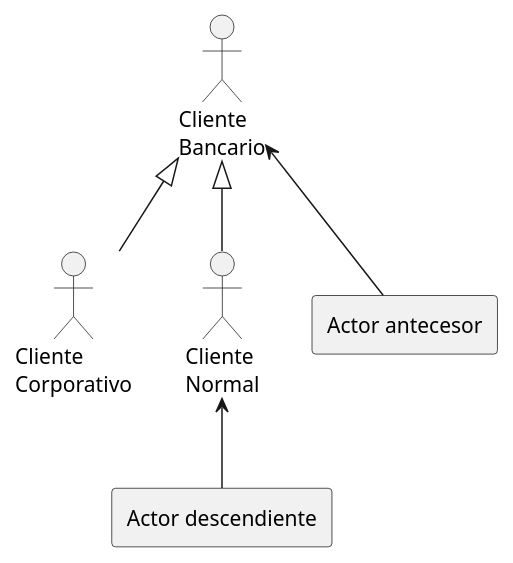
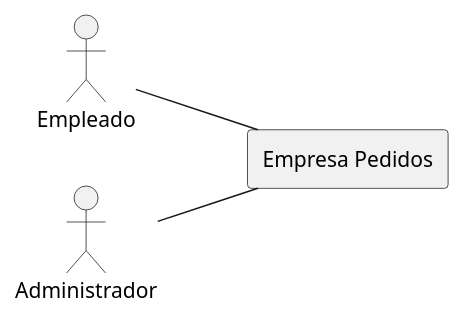
One commit to preguntitas/PlanUml2 changed the diagram in src/diagrama de casos de uso.puml. Above: the diagram before and after it, drawn with PlantUML.

Commit message:
Diagrama 8

```diff
--- a/src/diagrama de casos de uso.puml
+++ b/src/diagrama de casos de uso.puml
@@ -1,13 +1,10 @@
 @startuml
-:Cliente\nBancario: as cliente
-:Cliente\nCorporativo: as corporativo
-:Cliente\nNormal: as normal
-rectangle "Actor antecesor" as antecesor
-rectangle "Actor descendiente" as descendiente
+left to right direction
+:Empleado: as empleado
+:Administrador: as admin
 
-cliente <|-- corporativo
-cliente <|-- normal
-cliente <-- antecesor
-normal <-- descendiente
+rectangle "Empresa Pedidos" as empresa
+empleado -- empresa
+admin -- empresa
 
 @enduml
```
